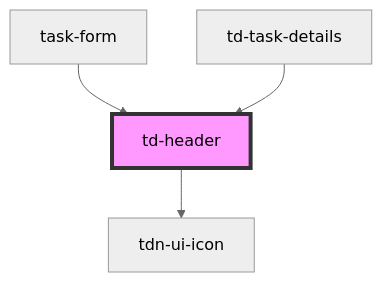
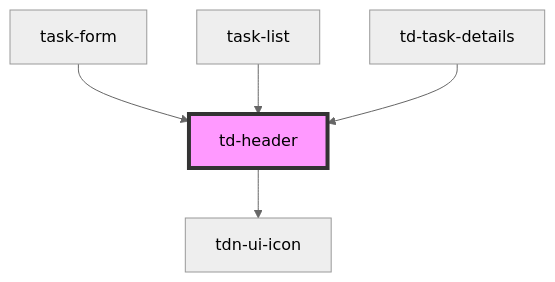
The diagram in libs/ui/src/components/td-header/readme.md (ajarana/to-done), drawn with Mermaid (neutral theme) before and after one commit. The commit also changed other lines of this file and 22 other files, not shown here.

````diff
--- a/libs/ui/src/components/td-header/readme.md
+++ b/libs/ui/src/components/td-header/readme.md
@@ -34,7 +35,8 @@
 ```mermaid
 graph TD;
   td-header --> tdn-ui-icon
   task-form --> td-header
+  task-list --> td-header
   td-task-details --> td-header
   style td-header fill:#f9f,stroke:#333,stroke-width:4px
 ```
````
